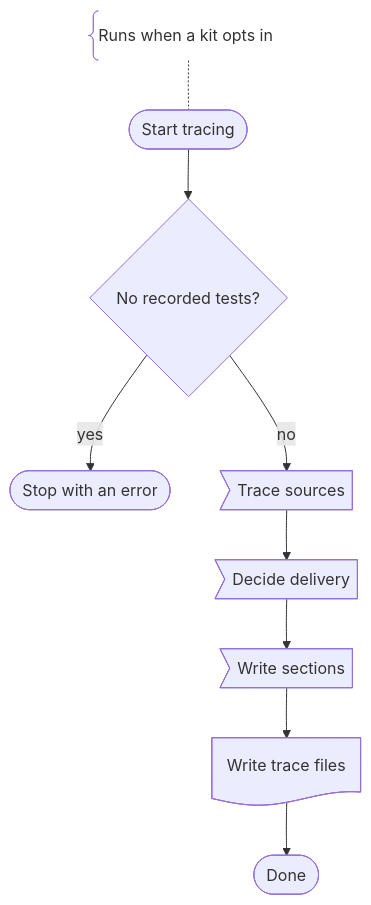
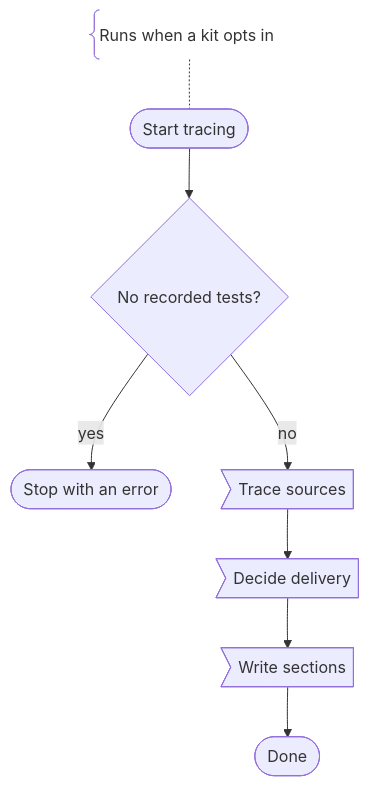
Before and after one commit to hl7au/inferno_suite_generator: the first of 6 diagrams in documentation/questionnaire_usage_tracing.md, drawn with Mermaid. The commit also changed other lines of this file and 16 other files, not shown here.

````diff
--- a/documentation/questionnaire_usage_tracing.md
+++ b/documentation/questionnaire_usage_tracing.md
@@ -80,20 +57,18 @@
 ```mermaid
 flowchart TD
     n0@{ shape: brace, label: "Runs when a kit opts in" }
     n1(["Start tracing"])
     n2{"No recorded tests?"}
     n3(["Stop with an error"])
     n4>"Trace sources"]
     n5>"Decide delivery"]
     n6>"Write sections"]
-    n7@{ shape: doc, label: "Write trace files" }
     n8(["Done"])
     n0 -.- n1
     n1 --> n2
     n2 -->|"yes"| n3
     n2 -->|"no"| n4
     n4 --> n5
     n5 --> n6
-    n6 --> n7
-    n7 --> n8
+    n6 --> n8
 ```
````
